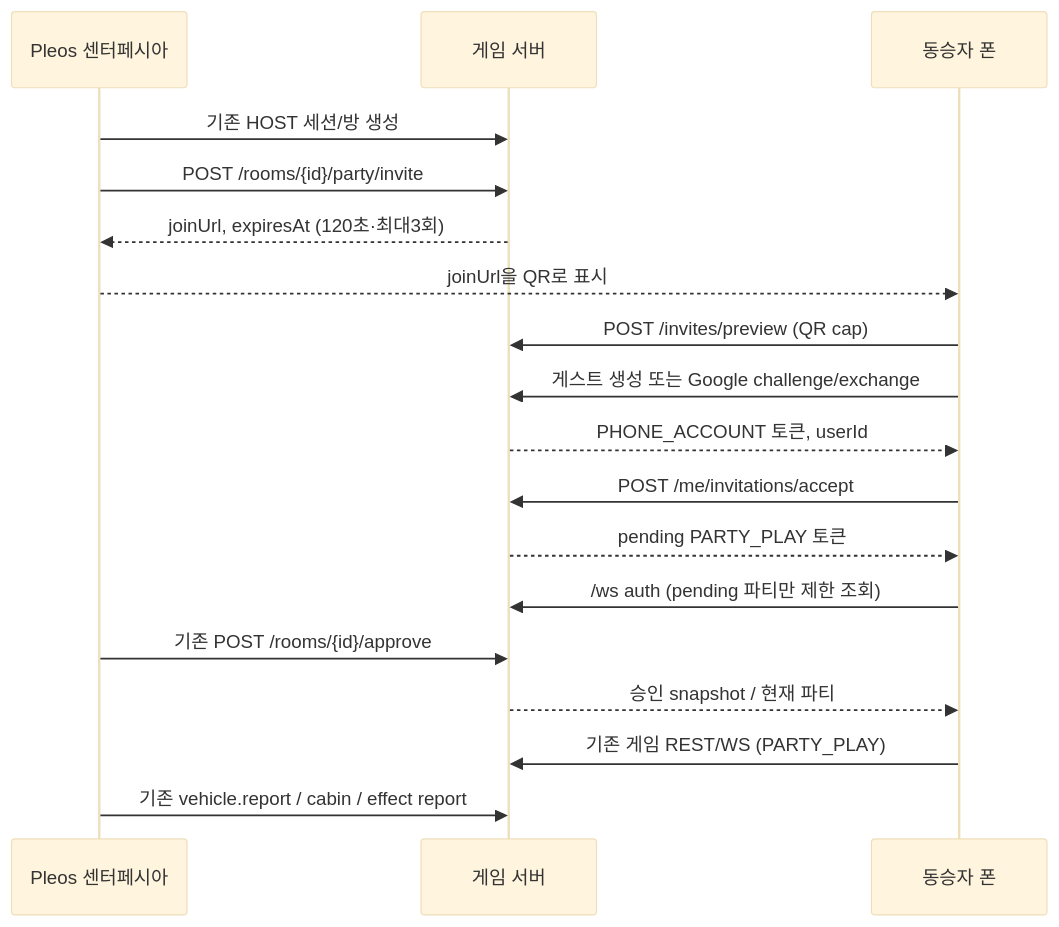
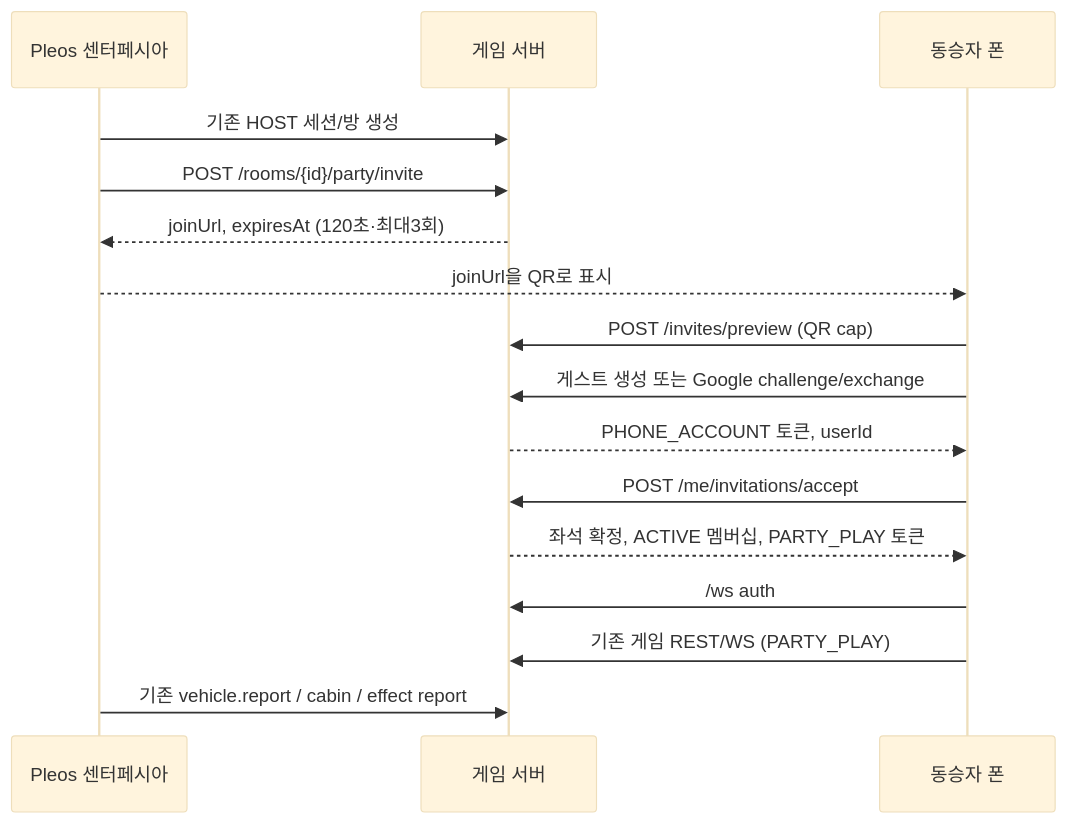
Before and after one commit to HeIIowrld/z-ride: the first of 2 diagrams in server/docs/phone-accounts.md, drawn with Mermaid (base theme). The commit also changed other lines of this file and 24 other files, not shown here.

````diff
--- a/server/docs/phone-accounts.md
+++ b/server/docs/phone-accounts.md
@@ -40,20 +40,18 @@
 ```mermaid
 sequenceDiagram
     participant C as Pleos 센터페시아
     participant S as 게임 서버
     participant P as 동승자 폰
     C->>S: 기존 HOST 세션/방 생성
     C->>S: POST /rooms/{id}/party/invite
     S-->>C: joinUrl, expiresAt (120초·최대3회)
     C-->>P: joinUrl을 QR로 표시
     P->>S: POST /invites/preview (QR cap)
     P->>S: 게스트 생성 또는 Google challenge/exchange
     S-->>P: PHONE_ACCOUNT 토큰, userId
     P->>S: POST /me/invitations/accept
-    S-->>P: pending PARTY_PLAY 토큰
-    P->>S: /ws auth (pending 파티만 제한 조회)
-    C->>S: 기존 POST /rooms/{id}/approve
-    S-->>P: 승인 snapshot / 현재 파티
+    S-->>P: 좌석 확정, ACTIVE 멤버십, PARTY_PLAY 토큰
+    P->>S: /ws auth
     P->>S: 기존 게임 REST/WS (PARTY_PLAY)
     C->>S: 기존 vehicle.report / cabin / effect report
 ```
````
